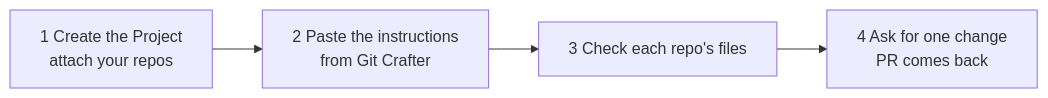
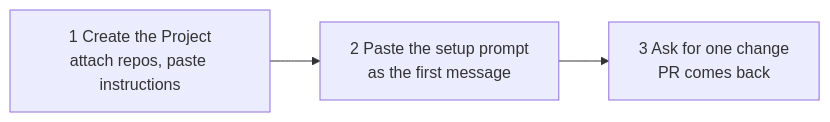
Before and after one commit to Colorado-Startups/claudius: the diagram in docs/projects-quickstart.md, drawn with Mermaid. The commit also changed other lines of this file and 1 other file, not shown here.

First line of the commit message:
Quick starts: 3 steps each, linked to the Code Project pages (#146)

````diff
--- a/docs/projects-quickstart.md
+++ b/docs/projects-quickstart.md
@@ -5,4 +5,4 @@
 ```mermaid
 flowchart LR
-  A[1 Create the Project<br/>attach your repos] --> B[2 Paste the instructions<br/>from Git Crafter] --> C[3 Check each repo's files] --> D[4 Ask for one change<br/>PR comes back]
+  A[1 Create the Project<br/>attach repos, paste instructions] --> B[2 Paste the setup prompt<br/>as the first message] --> C[3 Ask for one change<br/>PR comes back]
 ```
````
